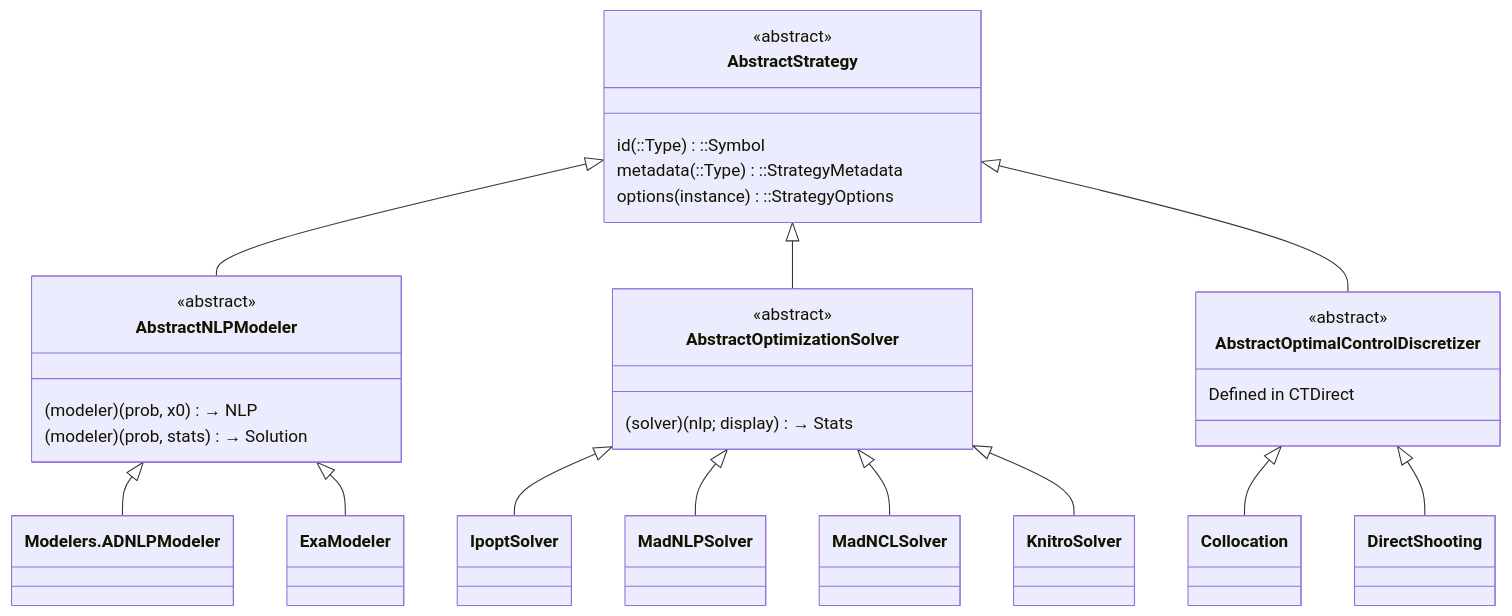
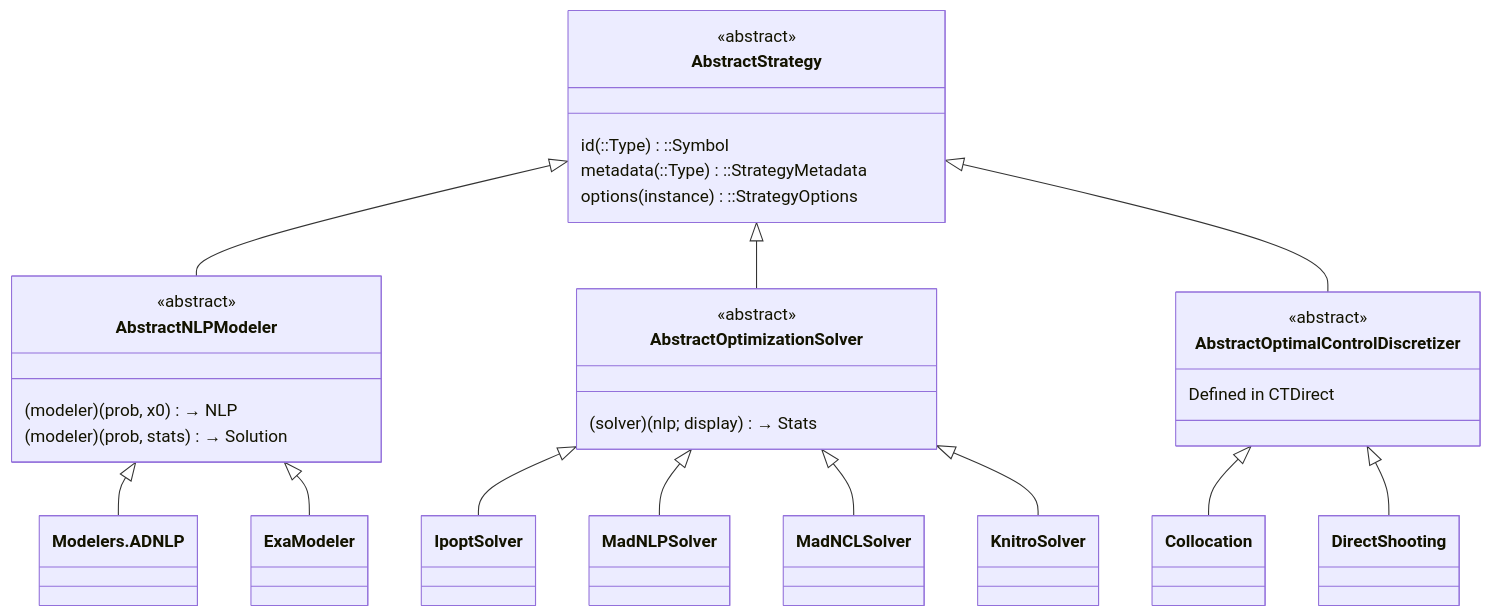
One commit to control-toolbox/CTSolvers.jl changed the first of 6 diagrams in docs/src/architecture.md. Above: the diagram before and after it, drawn with Mermaid. The commit also changed other lines of this file and 26 other files, not shown here.

First line of the commit message:
refactor: rename ADNLPModeler to ADNLP throughout codebase

````diff
--- a/docs/src/architecture.md
+++ b/docs/src/architecture.md
@@ -44,38 +44,38 @@
 ```mermaid
 classDiagram
     direction TB
     class AbstractStrategy {
         <<abstract>>
         id(::Type)::Symbol
         metadata(::Type)::StrategyMetadata
         options(instance)::StrategyOptions
     }
 
     AbstractStrategy <|-- AbstractNLPModeler
     AbstractStrategy <|-- AbstractOptimizationSolver
     AbstractStrategy <|-- AbstractOptimalControlDiscretizer
 
     class AbstractNLPModeler {
         <<abstract>>
         (modeler)(prob, x0) → NLP
         (modeler)(prob, stats) → Solution
     }
-    AbstractNLPModeler <|-- Modelers.ADNLPModeler
+    AbstractNLPModeler <|-- Modelers.ADNLP
     AbstractNLPModeler <|-- ExaModeler
 
     class AbstractOptimizationSolver {
         <<abstract>>
         (solver)(nlp; display) → Stats
     }
     AbstractOptimizationSolver <|-- IpoptSolver
     AbstractOptimizationSolver <|-- MadNLPSolver
     AbstractOptimizationSolver <|-- MadNCLSolver
     AbstractOptimizationSolver <|-- KnitroSolver
 
     class AbstractOptimalControlDiscretizer {
         <<abstract>>
         Defined in CTDirect
     }
     AbstractOptimalControlDiscretizer <|-- Collocation
     AbstractOptimalControlDiscretizer <|-- DirectShooting
 ```
````
